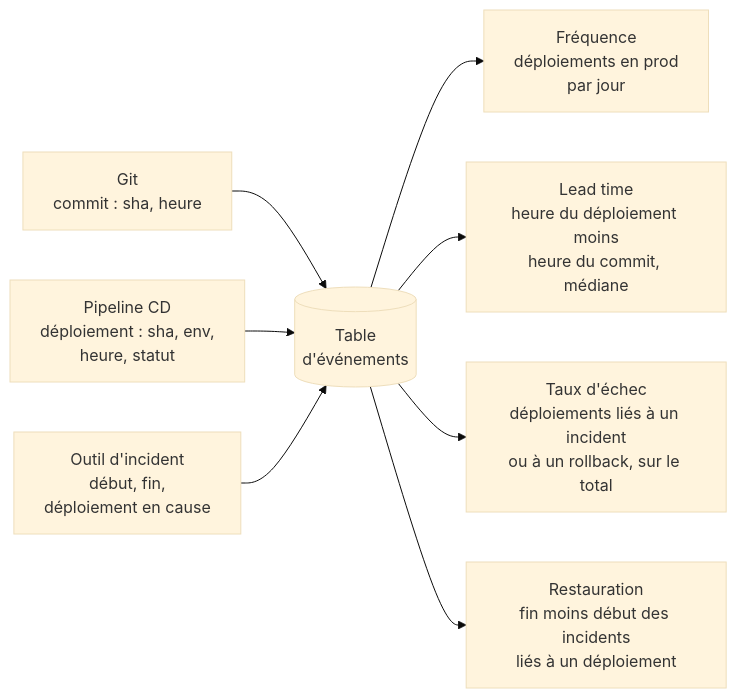
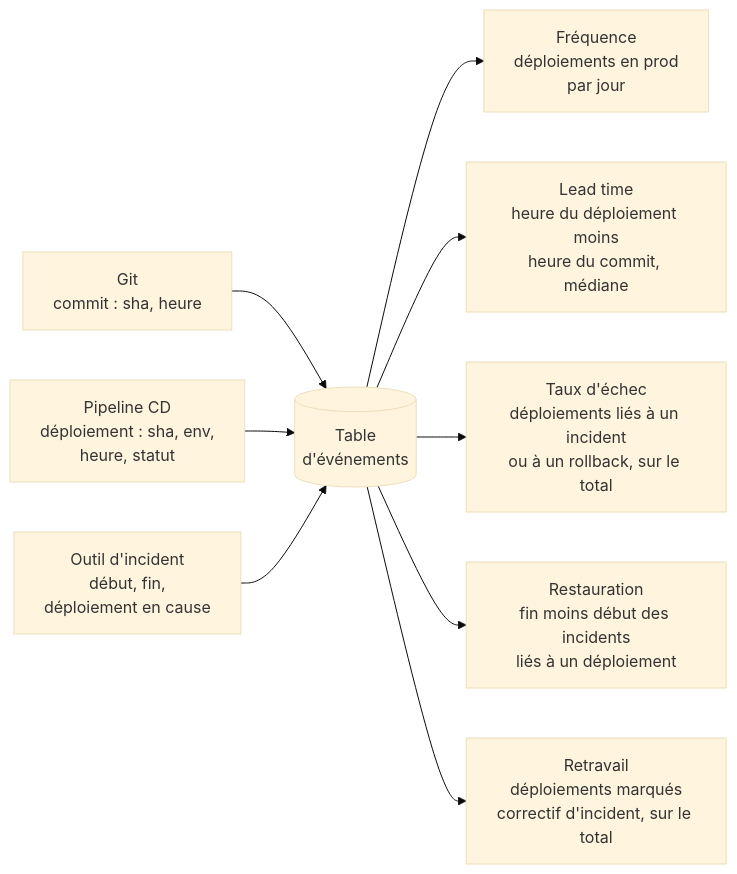
Before and after one commit to vincentbaticle/reminder: the eighth of 9 diagrams in docs/knowledge/livraison.md, drawn with Mermaid (base theme). The commit also changed other lines of this file and 55 other files, not shown here.

````diff
--- a/docs/knowledge/livraison.md
+++ b/docs/knowledge/livraison.md
@@ -676,10 +680,11 @@
 ```mermaid
 flowchart LR
   G["Git<br/>commit : sha, heure"] --> E[("Table<br/>d'événements")]
   CD["Pipeline CD<br/>déploiement : sha, env,<br/>heure, statut"] --> E
   INC["Outil d'incident<br/>début, fin,<br/>déploiement en cause"] --> E
   E --> DF["Fréquence<br/>déploiements en prod<br/>par jour"]
   E --> LT["Lead time<br/>heure du déploiement moins<br/>heure du commit, médiane"]
   E --> CFR["Taux d'échec<br/>déploiements liés à un incident<br/>ou à un rollback, sur le total"]
   E --> TR["Restauration<br/>fin moins début des incidents<br/>liés à un déploiement"]
+  E --> RW["Retravail<br/>déploiements marqués<br/>correctif d'incident, sur le total"]
 ```
````
